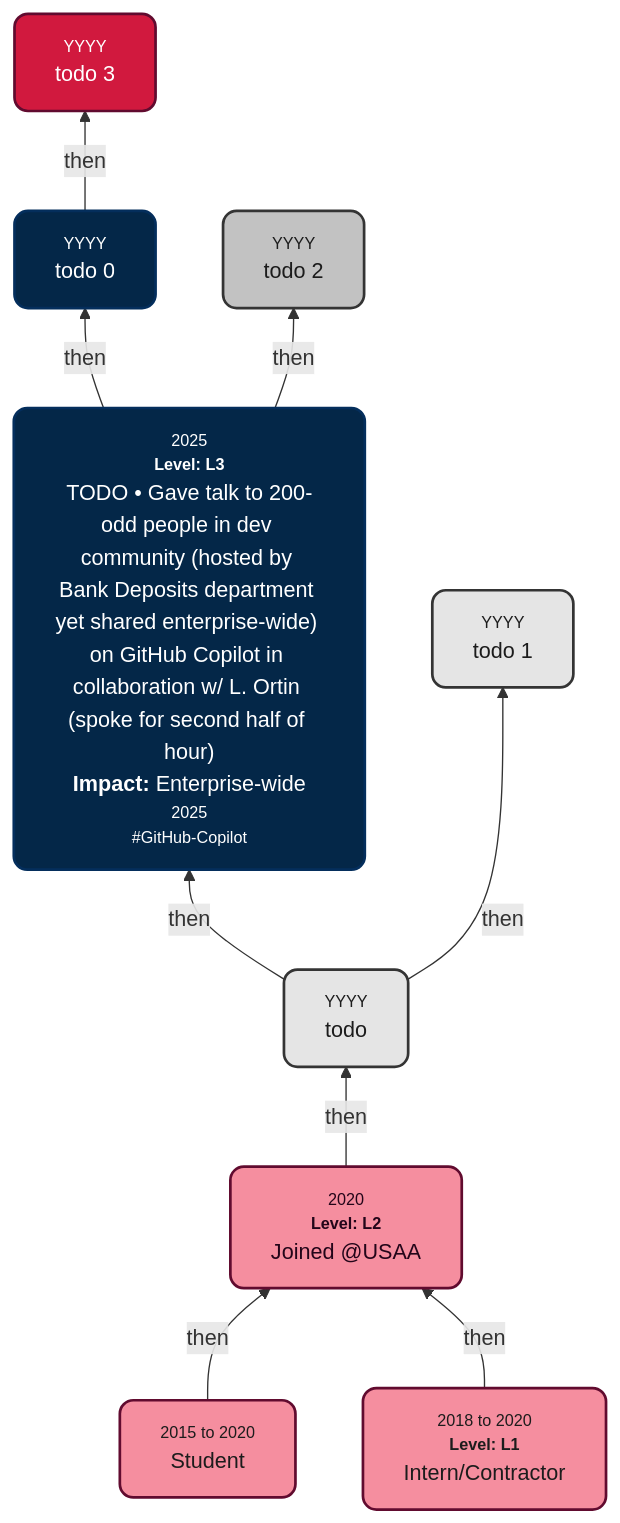
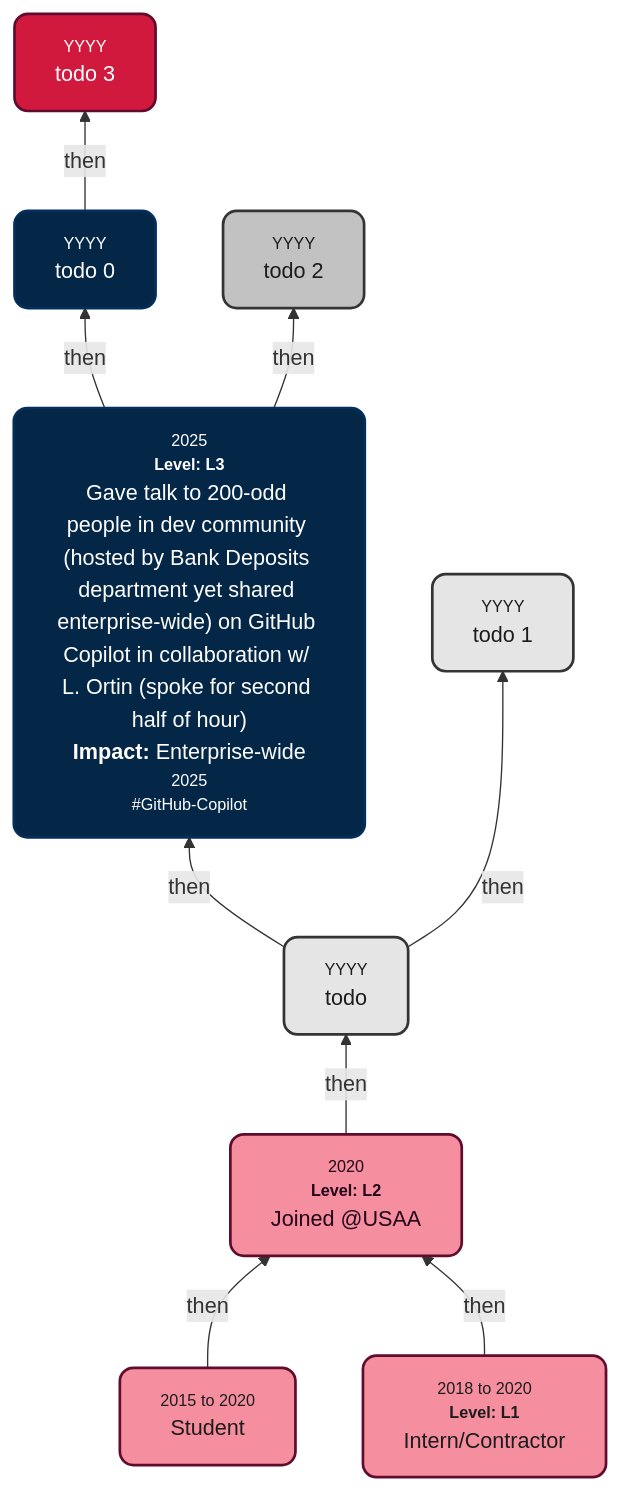
One commit to s-sepanski/portfolio changed the diagram in README.md. Above: the diagram before and after it, drawn with Mermaid. The commit also changed 1 other file, not shown here.

Commit message:
task: address todo

````diff
--- a/README.md
+++ b/README.md
@@ -33,22 +33,22 @@
 ```mermaid
 graph BT
     PreStudentNode["<div style='font-size:75%;  color:#848484; text-align:center;'>2015 to 2020</div>Student"] -->|then| A["<div style='font-size:75%; color:#848484; text-align:center;'>2020</div><div style='font-size:75%; color:#848484; text-align:center;'><b>Level: L2</b><br/></div>Joined @USAA<br>"]
     ContractorNode["<div style='font-size:75%; color:#848484; text-align:center;'>2018 to 2020</div><div style='font-size:75%; color:#848484; text-align:center;'><b>Level: L1</b></div>Intern/Contractor"] -->|then| A
     A -->|then| B["<div style='font-size:75%; color:#848484; text-align:center;'>YYYY</div>todo"]
-    B -->|then| C["<div style='font-size:75%; color:#848484; text-align:center;'>2025</div><div style='font-size:75%; color:#848484; text-align:center;'><b>Level: L3</b><br/></div><SWE 1 2025<br>TODO • Gave talk to 200-odd people in dev community (hosted by Bank Deposits department yet shared enterprise-wide) on GitHub Copilot in collaboration w/ L. Ortin (spoke for second half of hour)<br/><b>Impact: </b>Enterprise-wide<div style='font-size:75%; color:#848484; text-align:center;'>2025</div><div style='font-size:75%; color:#848484; text-align:center;'>#GitHub-Copilot<br/></div>"]
+    B -->|then| C["<div style='font-size:75%; color:#848484; text-align:center;'>2025</div><div style='font-size:75%; color:#848484; text-align:center;'><b>Level: L3</b><br/></div>Gave talk to 200-odd people in dev community (hosted by Bank Deposits department yet shared enterprise-wide) on GitHub Copilot in collaboration w/ L. Ortin (spoke for second half of hour)<br/><b>Impact: </b>Enterprise-wide<div style='font-size:75%; color:#848484; text-align:center;'>2025</div><div style='font-size:75%; color:#848484; text-align:center;'>#GitHub-Copilot<br/></div>"]
     C -->|then| D["<div style='font-size:75%; color:#848484; text-align:center;'>YYYY</div>todo 0"]
     B -->|then| E["<div style='font-size:75%; color:#848484; text-align:center;'>YYYY</div>todo 1"]
     C -->|then| F["<div style='font-size:75%; color:#848484; text-align:center;'>YYYY</div>todo 2"]
     D -->|then| G["<div style='font-size:75%; color:#848484; text-align:center;'>YYYY</div>todo 3"]
     style PreStudentNode fill:#f58e9f,stroke:#610b2f,stroke-width:2px,color:#1c1c1c
     style ContractorNode fill:#f58e9f,stroke:#610b2f,stroke-width:2px,color:#1c1c1c
     style A fill:#f58e9f,stroke:#610b2f,stroke-width:2px,color:#230519
     style B fill:#e5e5e5,stroke:#343434,stroke-width:2px,color:#1c1c1c
     style C fill:#042748,stroke:#042e5c,stroke-width:2px,color:#FFFFFF
     style D fill:#042748,stroke:#042e5c,stroke-width:2px,color:#FFFFFF
     style E fill:#e5e5e5,stroke:#343434,stroke-width:2px,color:#1c1c1c
     style F fill:#c2c2c2,stroke:#343434,stroke-width:2px,color:#1c1c1c
     style G fill:#d1193e,stroke:#610b2f,stroke-width:2px,color:#FFFFFF
     classDef rounded stroke-width:2px,rx:10,ry:10;
     class PreStudentNode,ContractorNode,A,B,C,D,E,F,G rounded;
 ```
````
